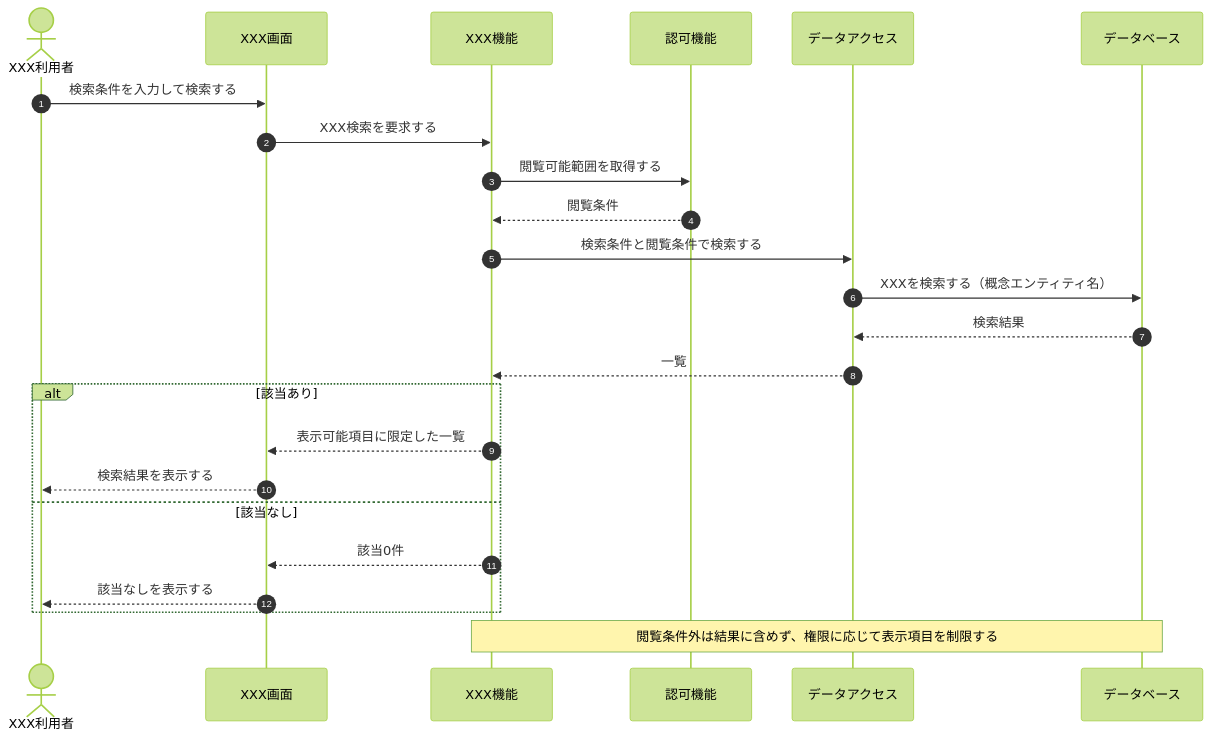
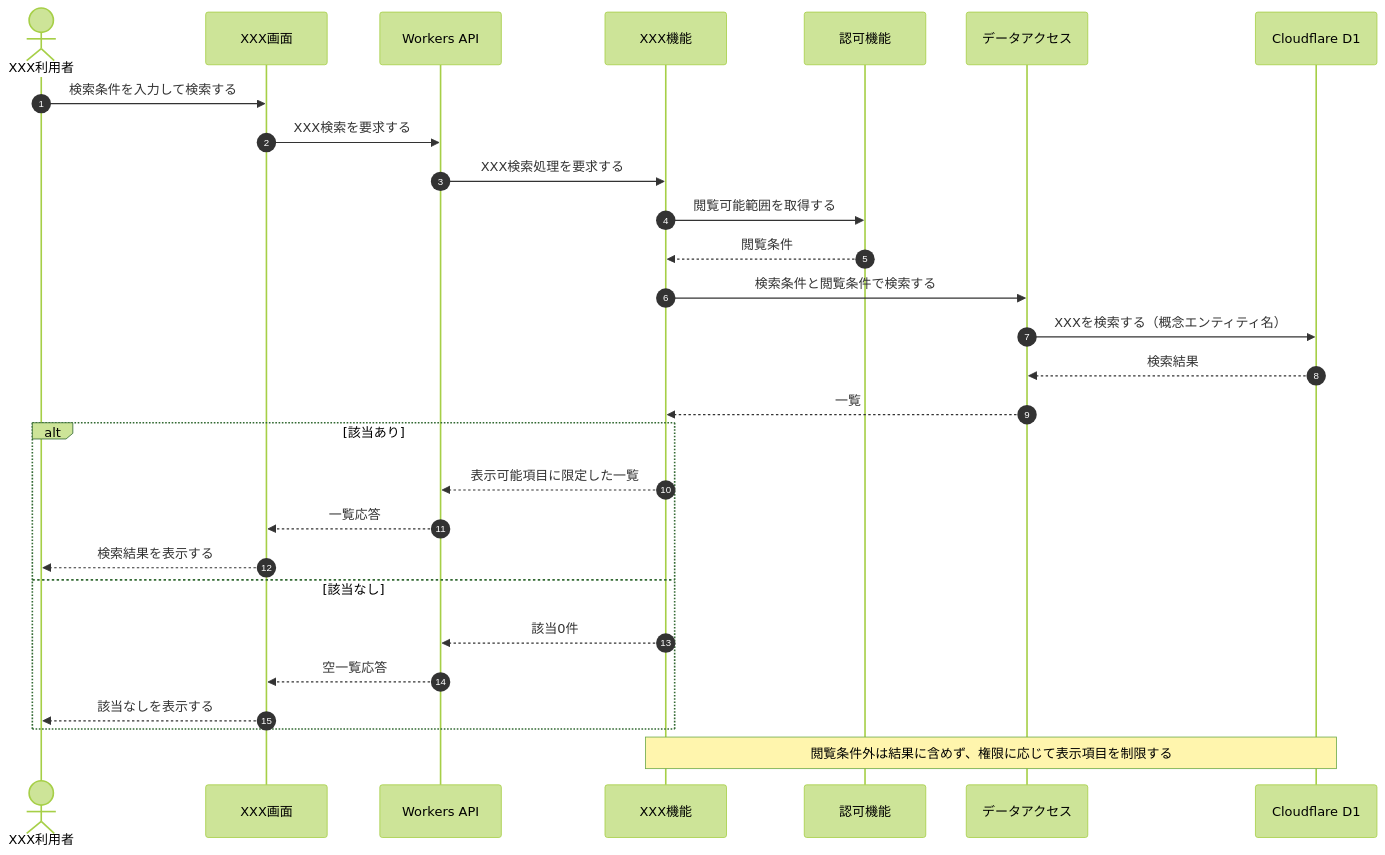
Before and after one commit to sikakou54/system-document-template: the third of 5 diagrams in 統合設計書/テンプレート/03_シーケンス設計.md, drawn with Mermaid (forest theme). The commit also changed other lines of this file and 40 other files, not shown here.

````diff
--- a/統合設計書/テンプレート/03_シーケンス設計.md
+++ b/統合設計書/テンプレート/03_シーケンス設計.md
@@ -196,27 +215,31 @@
 ```mermaid
 sequenceDiagram
     autonumber
     actor U as XXX利用者
     participant UI as XXX画面
+    participant API as Workers API
     participant APP as XXX機能
     participant AUTH as 認可機能
     participant DATA as データアクセス
-    participant DB as データベース
+    participant DB as Cloudflare D1
 
     U->>UI: 検索条件を入力して検索する
-    UI->>APP: XXX検索を要求する
+    UI->>API: XXX検索を要求する
+    API->>APP: XXX検索処理を要求する
     APP->>AUTH: 閲覧可能範囲を取得する
     AUTH-->>APP: 閲覧条件
     APP->>DATA: 検索条件と閲覧条件で検索する
     DATA->>DB: XXXを検索する（概念エンティティ名）
     DB-->>DATA: 検索結果
     DATA-->>APP: 一覧
     alt 該当あり
-        APP-->>UI: 表示可能項目に限定した一覧
+        APP-->>API: 表示可能項目に限定した一覧
+        API-->>UI: 一覧応答
         UI-->>U: 検索結果を表示する
     else 該当なし
-        APP-->>UI: 該当0件
+        APP-->>API: 該当0件
+        API-->>UI: 空一覧応答
         UI-->>U: 該当なしを表示する
     end
     Note over APP,DB: 閲覧条件外は結果に含めず、権限に応じて表示項目を制限する
 ```
````
